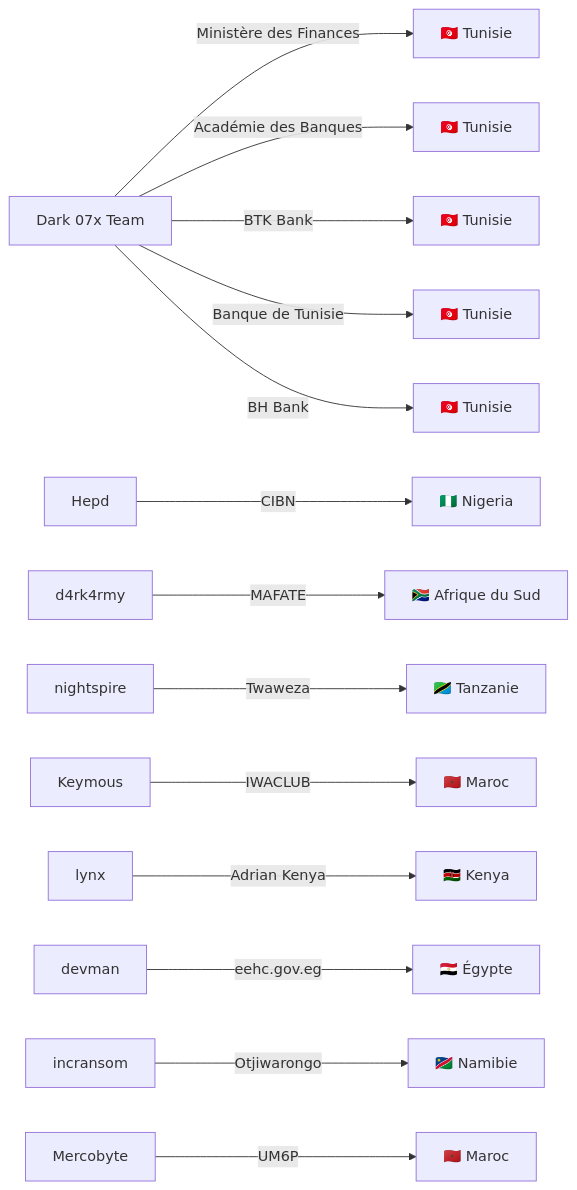
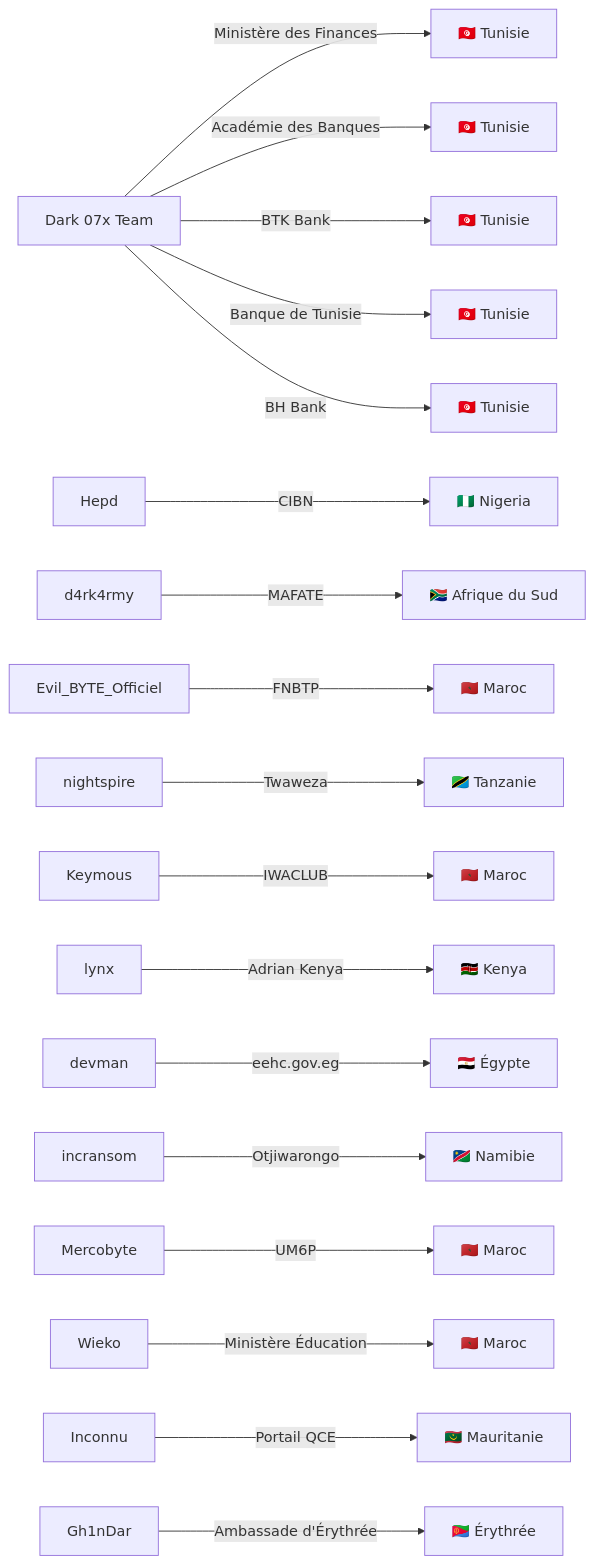
One commit to Hatchepsoute/AFRINTEL changed the fourth of 5 diagrams in CyberAttackAfrica/2025/07-july/README_FR.md. Above: the diagram before and after it, drawn with Mermaid. The commit also changed other lines of this file and 255 other files, not shown here.

````diff
--- a/CyberAttackAfrica/2025/07-july/README_FR.md
+++ b/CyberAttackAfrica/2025/07-july/README_FR.md
@@ -126,16 +165,20 @@
 ```mermaid
 graph LR
     Dark07["Dark 07x Team"] -->|Ministère des Finances| Tunisie1["🇹🇳 Tunisie"]
     Dark07 -->|Académie des Banques| Tunisie2["🇹🇳 Tunisie"]
     Dark07 -->|BTK Bank| Tunisie3["🇹🇳 Tunisie"]
     Dark07 -->|Banque de Tunisie| Tunisie4["🇹🇳 Tunisie"]
     Dark07 -->|BH Bank| Tunisie5["🇹🇳 Tunisie"]
     Hepd -->|CIBN| Nigeria["🇳🇬 Nigeria"]
     d4rk4rmy -->|MAFATE| AfriqueSud["🇿🇦 Afrique du Sud"]
+    EvilByte["Evil_BYTE_Officiel"] -->|FNBTP| Maroc0["🇲🇦 Maroc"]
     nightspire -->|Twaweza| Tanzanie["🇹🇿 Tanzanie"]
     Keymous -->|IWACLUB| Maroc1["🇲🇦 Maroc"]
     lynx -->|Adrian Kenya| Kenya["🇰🇪 Kenya"]
     devman -->|eehc.gov.eg| Egypte["🇪🇬 Égypte"]
     incransom -->|Otjiwarongo| Namibie["🇳🇦 Namibie"]
     Mercobyte -->|UM6P| Maroc2["🇲🇦 Maroc"]
+    Wieko -->|Ministère Éducation| Maroc3["🇲🇦 Maroc"]
+    Inconnu -->|Portail QCE| Mauritanie["🇲🇷 Mauritanie"]
+    Gh1nDar -->|Ambassade d'Érythrée| Erythree["🇪🇷 Érythrée"]
 ```
````
